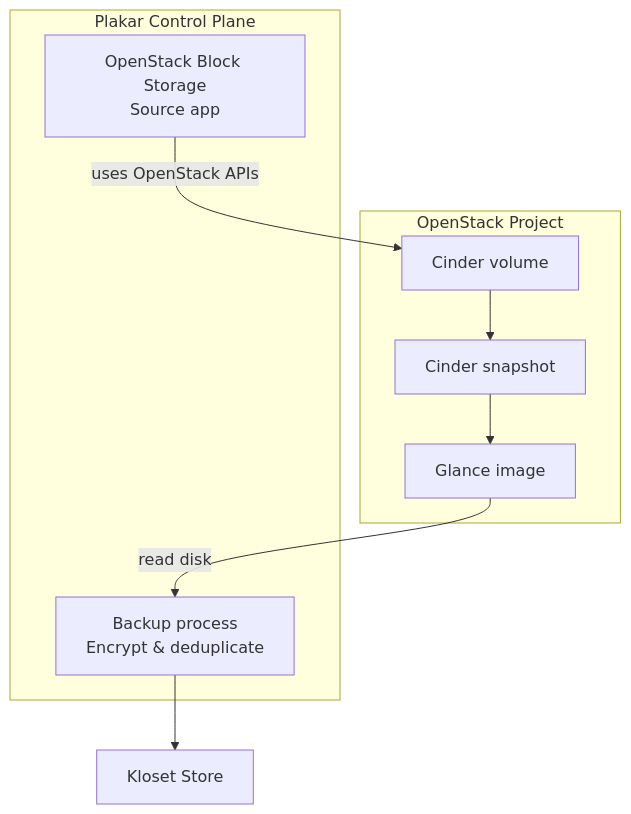
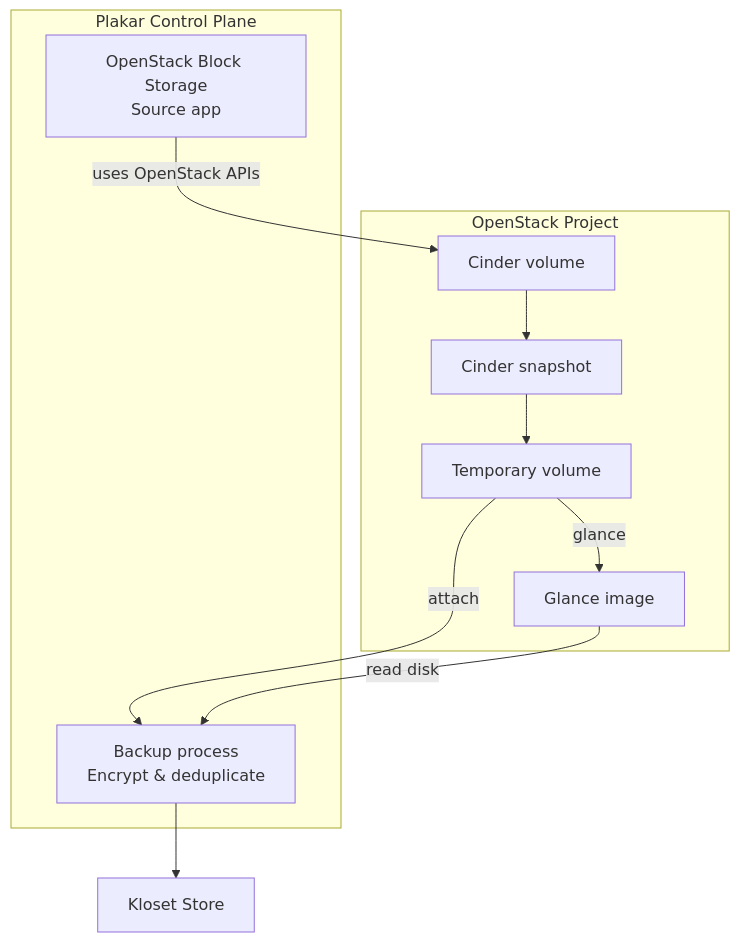
Before and after one commit to PlakarKorp/plakar.io: the first of 2 diagrams in content/docs/control-plane/resources/block-storage/openstack.md, drawn with Mermaid. The commit also changed other lines of this file and 1 other file, not shown here.

```diff
--- a/content/docs/control-plane/resources/block-storage/openstack.md
+++ b/content/docs/control-plane/resources/block-storage/openstack.md
@@ -55,21 +54,24 @@
 {{< mermaid >}}
 flowchart TD
   subgraph OpenStack["OpenStack Project"]
     Volume["Cinder volume"]
     Snapshot["Cinder snapshot"]
+    Temp["Temporary volume"]
     Image["Glance image"]
   end
 
   subgraph Plakar["Plakar Control Plane"]
     Source["OpenStack Block Storage<br/>Source app"]
     Backup["Backup process<br/>Encrypt & deduplicate"]
   end
 
   Store["Kloset Store"]
 
   Source -->|"uses OpenStack APIs"| Volume
   Volume --> Snapshot
-  Snapshot --> Image
+  Snapshot --> Temp
+  Temp -->|"attach"| Backup
+  Temp -->|"glance"| Image
   Image -->|"read disk"| Backup
   Backup --> Store
 {{< /mermaid >}}
```
